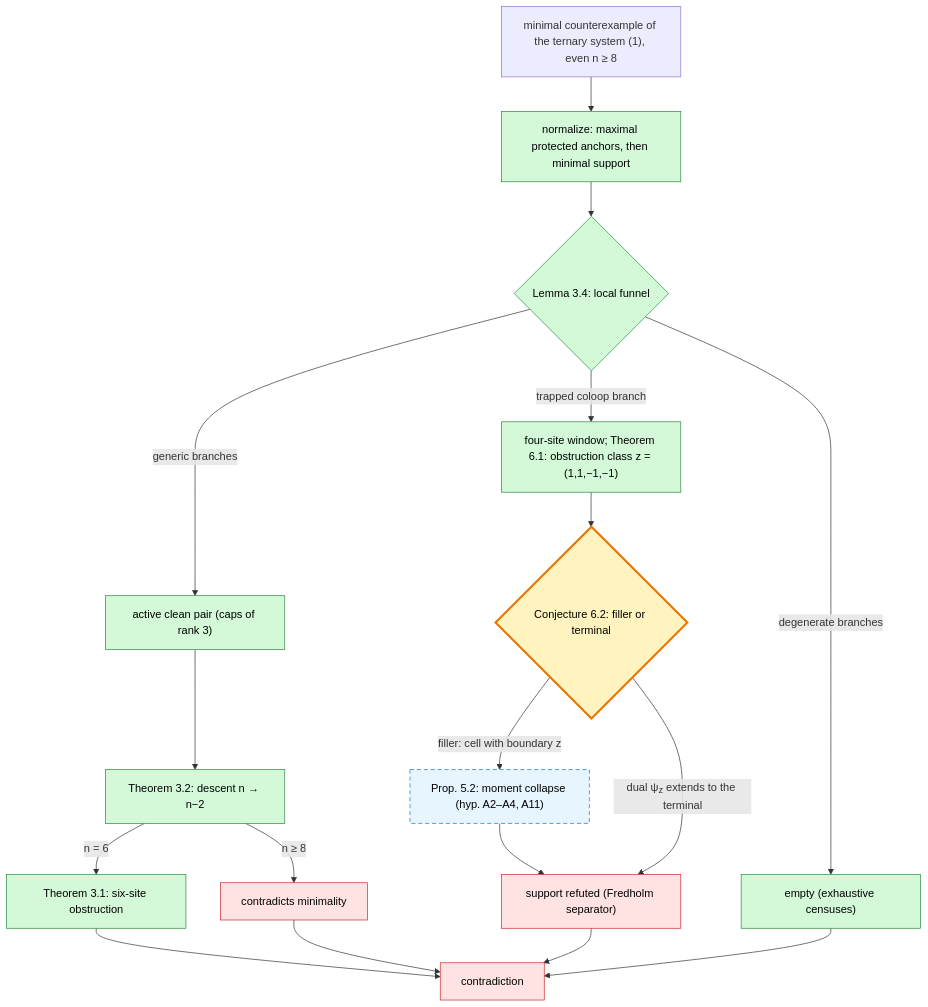
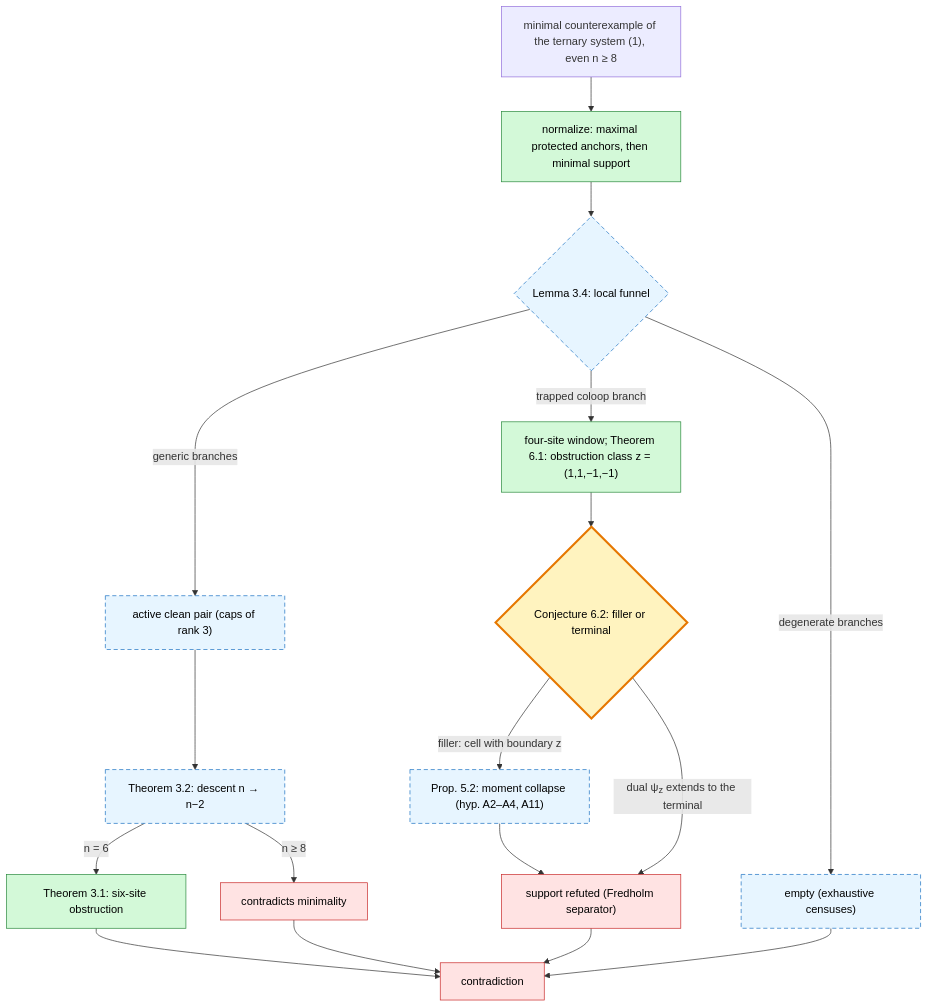
Before and after one commit to rrajasek95/krenn-conjecture: the fourth of 4 diagrams in PROOF-SKETCH.md, drawn with Mermaid. The commit also changed other lines of this file and 2 other files, not shown here.

````diff
--- a/PROOF-SKETCH.md
+++ b/PROOF-SKETCH.md
@@ -619,29 +622,29 @@
 ```mermaid
 flowchart TD
     CE["minimal counterexample of the ternary system (1), even n &ge; 8"]
     CE --> NORM["normalize: maximal protected anchors, then minimal support"]
     NORM --> FUNNEL{"Lemma 3.4: local funnel"}
     FUNNEL -- "degenerate branches" --> DEAD["empty (exhaustive censuses)"]
     FUNNEL -- "generic branches" --> CP["active clean pair (caps of rank 3)"]
     FUNNEL -- "trapped coloop branch" --> WIN["four-site window; Theorem 6.1: obstruction class z = (1,1,&minus;1,&minus;1)"]
     WIN --> ALT{"Conjecture 6.2: filler or terminal"}
     ALT -- "filler: cell with boundary z" --> MOM["Prop. 5.2: moment collapse (hyp. A2–A4, A11)"]
     MOM --> REF
     ALT -- "dual &psi;<sub>z</sub> extends to the terminal" --> REF["support refuted (Fredholm separator)"]
     CP --> DESC["Theorem 3.2: descent n &rarr; n&minus;2"]
     DESC -- "n &ge; 8" --> MIN["contradicts minimality"]
     DESC -- "n = 6" --> BASE["Theorem 3.1: six-site obstruction"]
     BASE --> CON["contradiction"]
     MIN --> CON
     REF --> CON
     DEAD --> CON
 
     classDef proved fill:#d3f9d8,stroke:#2b8a3e,color:#000
     classDef open fill:#fff3bf,stroke:#e67700,stroke-width:3px,color:#000
     classDef gen fill:#e7f5ff,stroke:#1971c2,stroke-dasharray:6 4,color:#000
     classDef bad fill:#ffe3e3,stroke:#c92a2a,color:#000
-    class NORM,FUNNEL,CP,WIN,DESC,BASE,DEAD proved
+    class NORM,WIN,BASE proved
+    class FUNNEL,CP,DESC,DEAD,MOM gen
     class ALT open
-    class MOM gen
     class REF,MIN,CON bad
 ```
````
